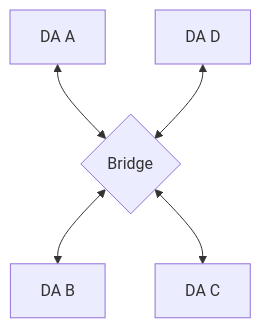
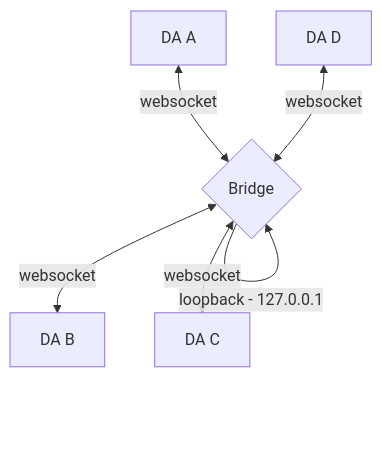
The first of 8 diagrams in docs/api-bridging/spec.md (finos/FDC3), drawn with Mermaid before and after one commit. The commit also changed other lines of this file, not shown here.

````diff
--- a/docs/api-bridging/spec.md
+++ b/docs/api-bridging/spec.md
@@ -49,12 +30,13 @@
 ```mermaid
 flowchart TD;
     A[DA A]
     B[DA B]
     C[DA C]
     D[DA D]
     E{Bridge} 
-    A <--> E
-    E <--> B
-    E <--> C
-    D <--> E
+    A <--> |websocket| E
+    E <--> |websocket| B
+    E <--> |websocket| C
+    D <--> |websocket| E
+    E --> |loopback - 127.0.0.1| E
 ```
````
